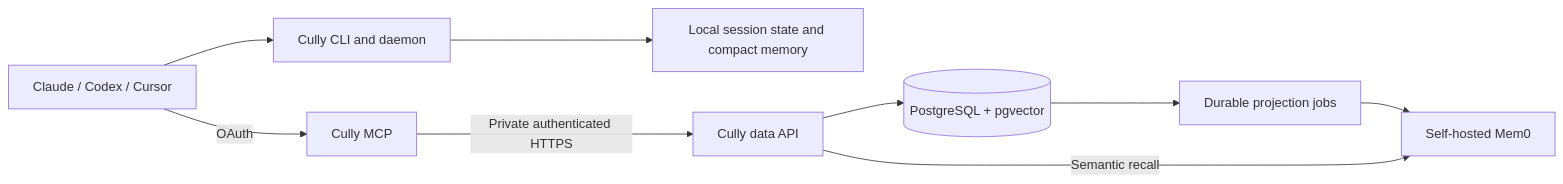
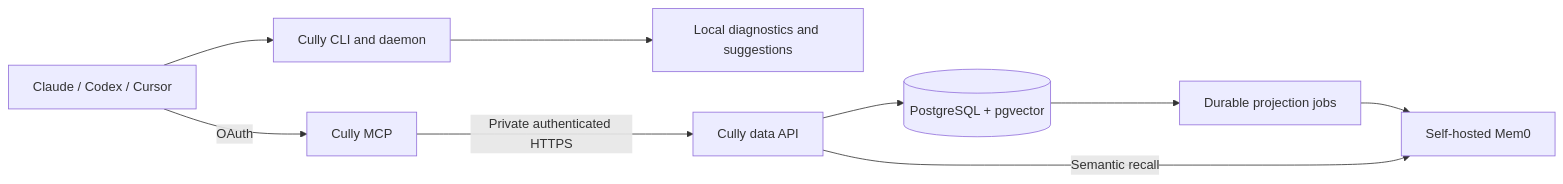
One commit to 72sevenzy2/cully changed the diagram in docs/architecture.md. Above: the diagram before and after it, drawn with Mermaid. The commit also changed other lines of this file and 23 other files, not shown here.

````diff
--- a/docs/architecture.md
+++ b/docs/architecture.md
@@ -5,11 +5,11 @@
 ```mermaid
 flowchart LR
   A[Claude / Codex / Cursor] --> L[Cully CLI and daemon]
-  L --> S[Local session state and compact memory]
+  L --> S[Local diagnostics and suggestions]
   A -->|OAuth| M[Cully MCP]
   M -->|Private authenticated HTTPS| D[Cully data API]
   D --> P[(PostgreSQL + pgvector)]
   P --> Q[Durable projection jobs]
   Q --> F[Self-hosted Mem0]
   D -->|Semantic recall| F
 ```
````
